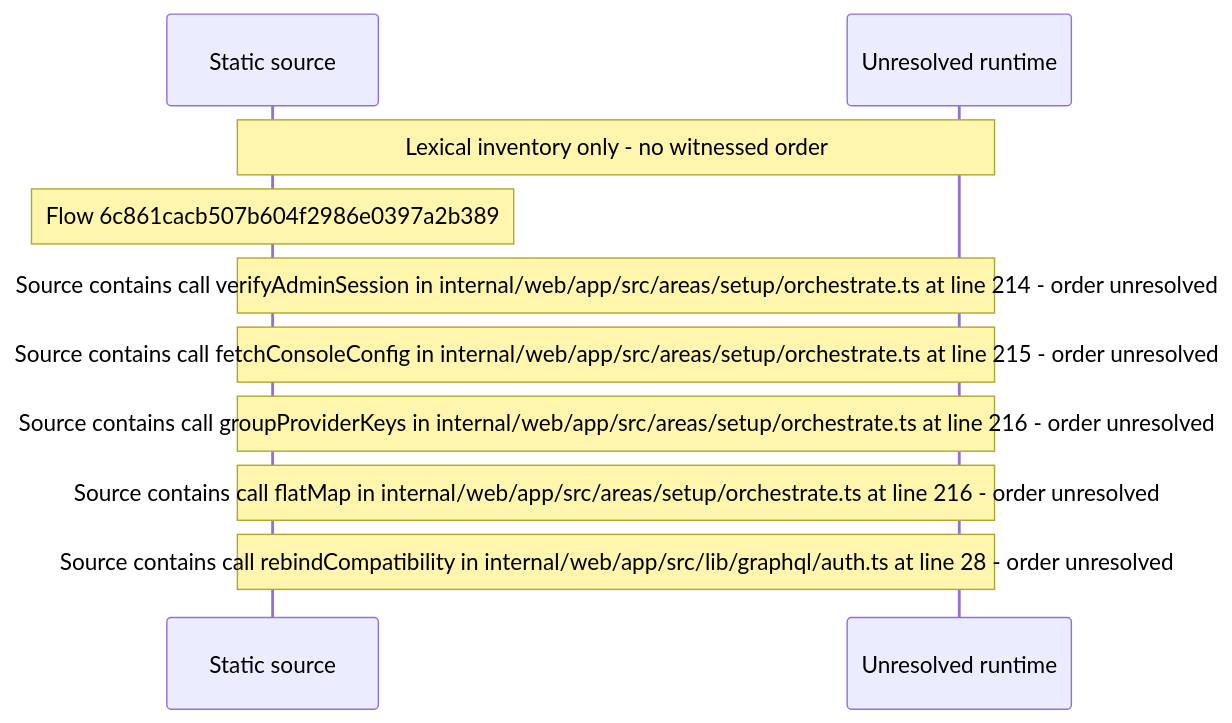
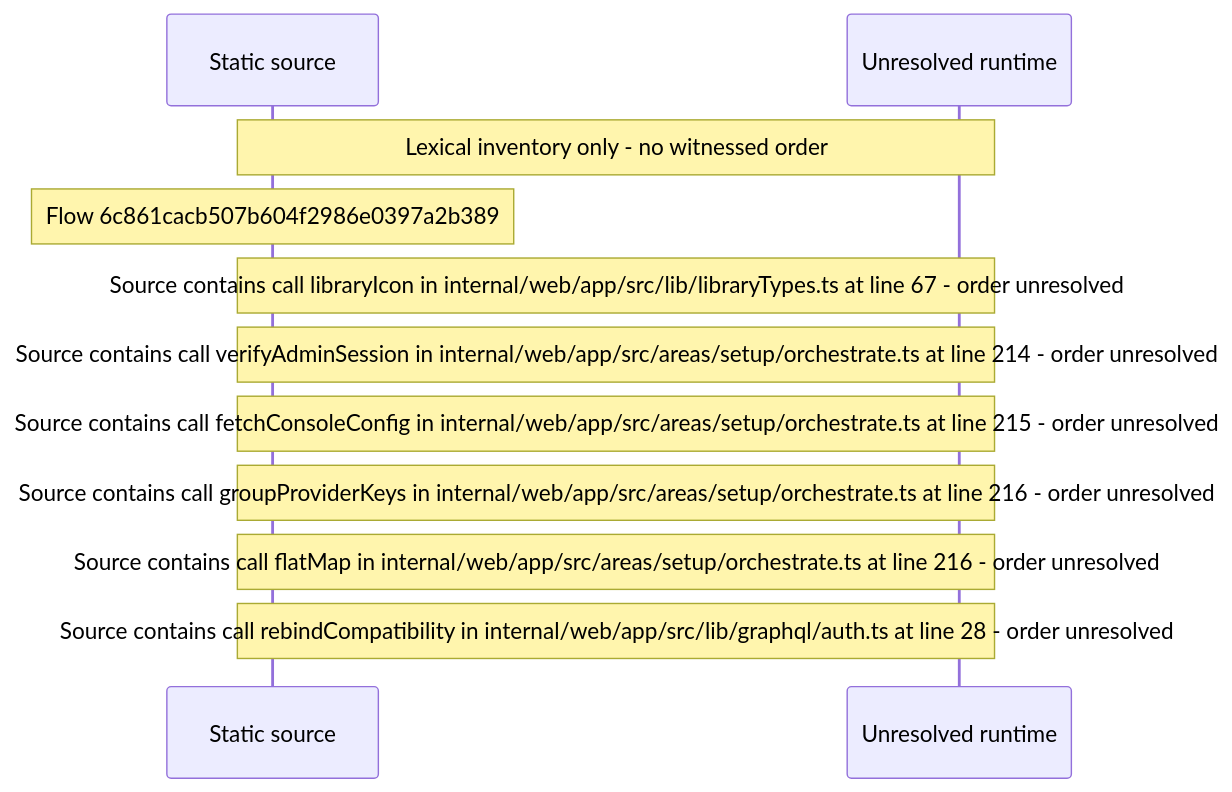
The diagram in docs/web/flows/generated/6c861cacb507b604f2986e0397a2b389/flow-diagram.md (beamfall/core), drawn with Mermaid before and after one commit. The commit also changed other lines of this file and 715 other files, not shown here.

Commit message:
Regenerate the web flow record with every inventory member resolved (CORE-1762)

````diff
--- a/docs/web/flows/generated/6c861cacb507b604f2986e0397a2b389/flow-diagram.md
+++ b/docs/web/flows/generated/6c861cacb507b604f2986e0397a2b389/flow-diagram.md
@@ -10,12 +10,13 @@
 ```mermaid
 sequenceDiagram
     participant S as Static source
     participant U as Unresolved runtime
     Note over S,U: Lexical inventory only - no witnessed order
     Note over S: Flow 6c861cacb507b604f2986e0397a2b389
+    Note over S,U: Source contains call libraryIcon in internal/web/app/src/lib/libraryTypes.ts at line 67 - order unresolved
     Note over S,U: Source contains call verifyAdminSession in internal/web/app/src/areas/setup/orchestrate.ts at line 214 - order unresolved
     Note over S,U: Source contains call fetchConsoleConfig in internal/web/app/src/areas/setup/orchestrate.ts at line 215 - order unresolved
     Note over S,U: Source contains call groupProviderKeys in internal/web/app/src/areas/setup/orchestrate.ts at line 216 - order unresolved
     Note over S,U: Source contains call flatMap in internal/web/app/src/areas/setup/orchestrate.ts at line 216 - order unresolved
     Note over S,U: Source contains call rebindCompatibility in internal/web/app/src/lib/graphql/auth.ts at line 28 - order unresolved
 ```
````
